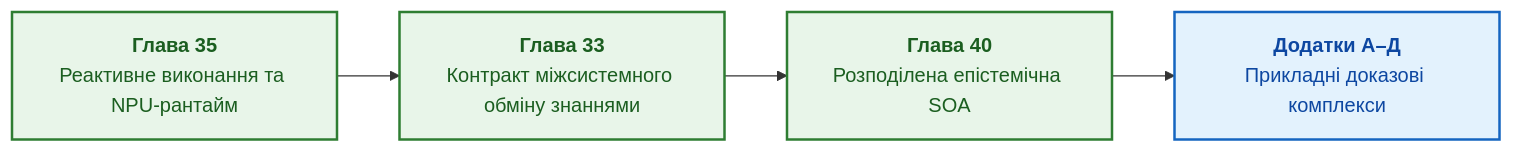
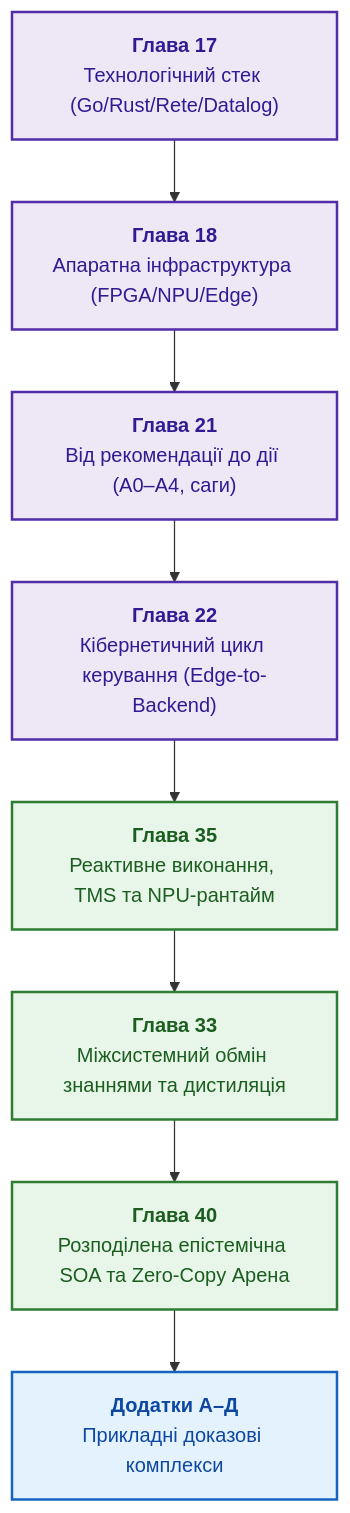
Before and after one commit to nick-fedchik/articles: the diagram in ExpertSystem/part-07-runtime-and-knowledge-exchange.md, drawn with Mermaid. The commit also changed other lines of this file and 174 other files, not shown here.

````diff
--- a/ExpertSystem/part-07-runtime-and-knowledge-exchange.md
+++ b/ExpertSystem/part-07-runtime-and-knowledge-exchange.md
@@ -19,14 +19,20 @@
 ```mermaid
-flowchart LR
-    accTitle: Реактивне виконання, федерація та розподілена SOA Частини VII
-    accDescr: Подійне виконання та синергетика знань, міжсистемний обмін правилами та масштабування у розподілену епістемічну SOA.
+flowchart TD
+    accTitle: Програмно-апаратний рантайм, кібернетична дія та розподілена SOA Частини VII
+    accDescr: Від вибору стеку й апаратної інфраструктури через шлюз дії, кібернетику, реактивний рантайм і обмін знаннями до розподіленої епістемічної SOA.
 
-    REACT["<b>Глава 35</b><br/>Реактивне виконання та NPU-рантайм"] --> EXPORT["<b>Глава 33</b><br/>Контракт міжсистемного обміну знаннями"]
-    EXPORT --> DISTR["<b>Глава 40</b><br/>Розподілена епістемічна SOA"]
-    DISTR --> APPS["<b>Додатки А–Д</b><br/>Прикладні доказові комплекси"]
+    CH17["<b>Глава 17</b><br/>Технологічний стек (Go/Rust/Rete/Datalog)"] --> CH18["<b>Глава 18</b><br/>Апаратна інфраструктура (FPGA/NPU/Edge)"]
+    CH18 --> CH21["<b>Глава 21</b><br/>Від рекомендації до дії (A0–A4, саги)"]
+    CH21 --> CH22["<b>Глава 22</b><br/>Кібернетичний цикл керування (Edge-to-Backend)"]
+    CH22 --> CH35["<b>Глава 35</b><br/>Реактивне виконання, TMS та NPU-рантайм"]
+    CH35 --> CH33["<b>Глава 33</b><br/>Міжсистемний обмін знаннями та дистиляція"]
+    CH33 --> CH40["<b>Глава 40</b><br/>Розподілена епістемічна SOA та Zero-Copy Арена"]
+    CH40 --> APPS["<b>Додатки А–Д</b><br/>Прикладні доказові комплекси"]
 
     classDef nodeStyle fill:#e8f5e9,stroke:#2e7d32,stroke-width:2px,color:#1b5e20;
+    classDef implStyle fill:#ede7f6,stroke:#512da8,stroke-width:2px,color:#311b92;
     classDef appStyle fill:#e3f2fd,stroke:#1565c0,stroke-width:2px,color:#0d47a1;
-    class REACT,EXPORT,DISTR nodeStyle;
+    class CH17,CH18,CH21,CH22 implStyle;
+    class CH35,CH33,CH40 nodeStyle;
     class APPS appStyle;
 ```
````
